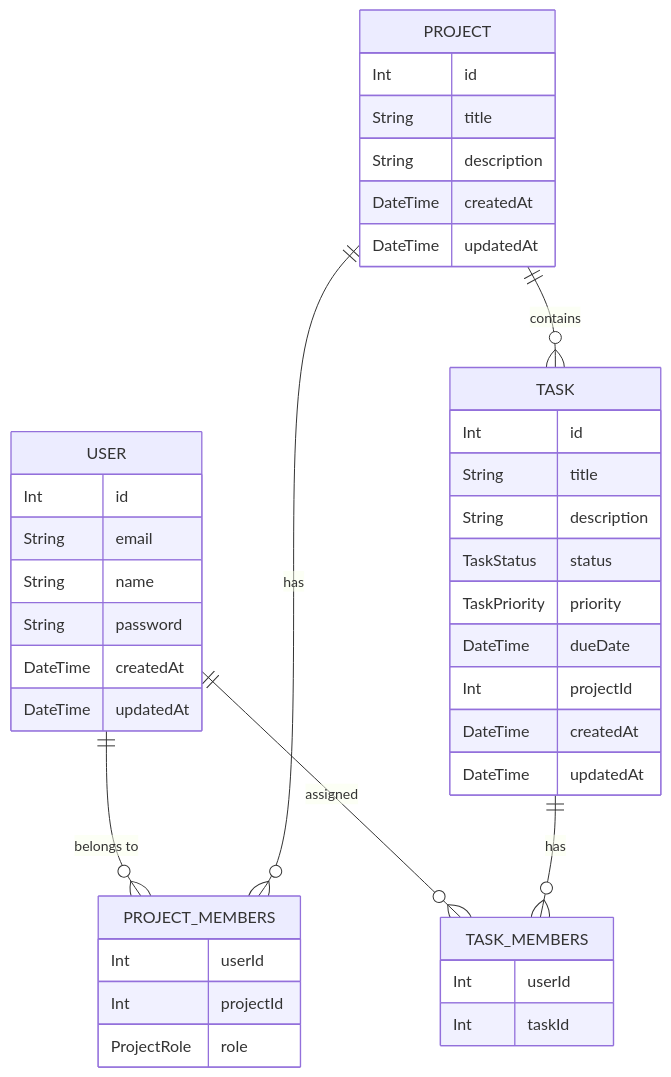
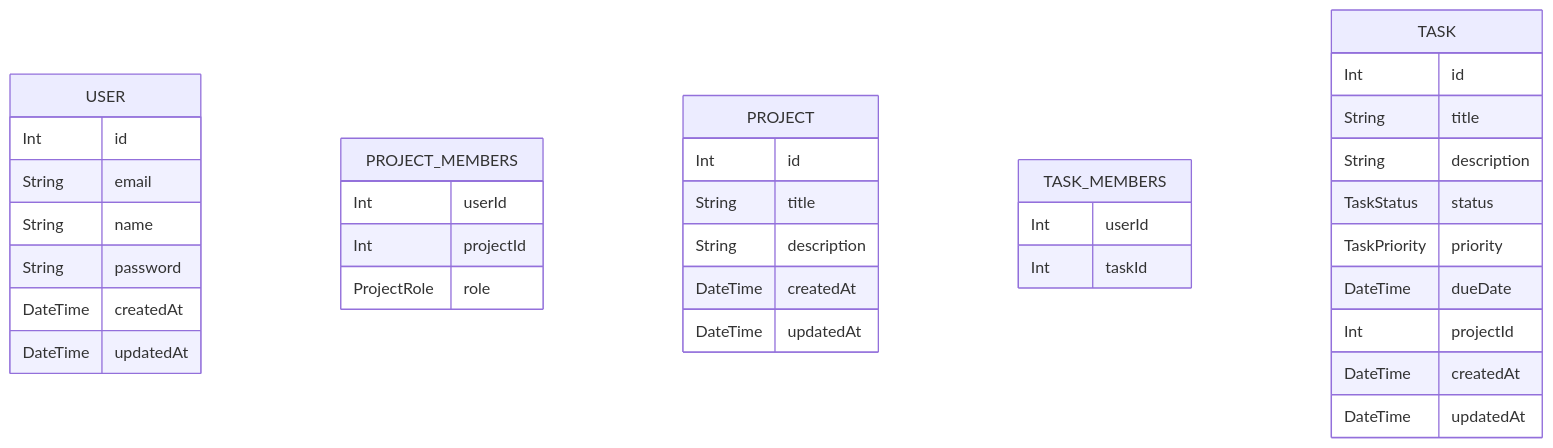
The diagram in README.md (gabrielbarros23/Project-Manager), drawn with Mermaid before and after one commit.

````diff
--- a/README.md
+++ b/README.md
@@ -50,53 +50,46 @@
 ```mermaid
 erDiagram
 
     USER {
         Int id
         String email
         String name
         String password
         DateTime createdAt
         DateTime updatedAt
     }
     
     PROJECT_MEMBERS {
         Int userId
         Int projectId
         ProjectRole role
     }
 
     PROJECT {
         Int id
         String title
         String description
         DateTime createdAt
         DateTime updatedAt
     }
 
      TASK_MEMBERS {
         Int userId
         Int taskId
     }
 
     TASK {
         Int id
         String title
         String description
         TaskStatus status
         TaskPriority priority
         DateTime dueDate
         Int projectId
         DateTime createdAt
         DateTime updatedAt
     }
 
    
 
-    USER ||--o{ PROJECT_MEMBERS : "belongs to"
-    PROJECT ||--o{ PROJECT_MEMBERS : "has"
-
-    PROJECT ||--o{ TASK : "contains"
-
-    USER ||--o{ TASK_MEMBERS : "assigned"
-    TASK ||--o{ TASK_MEMBERS : "has"
 ```
````
